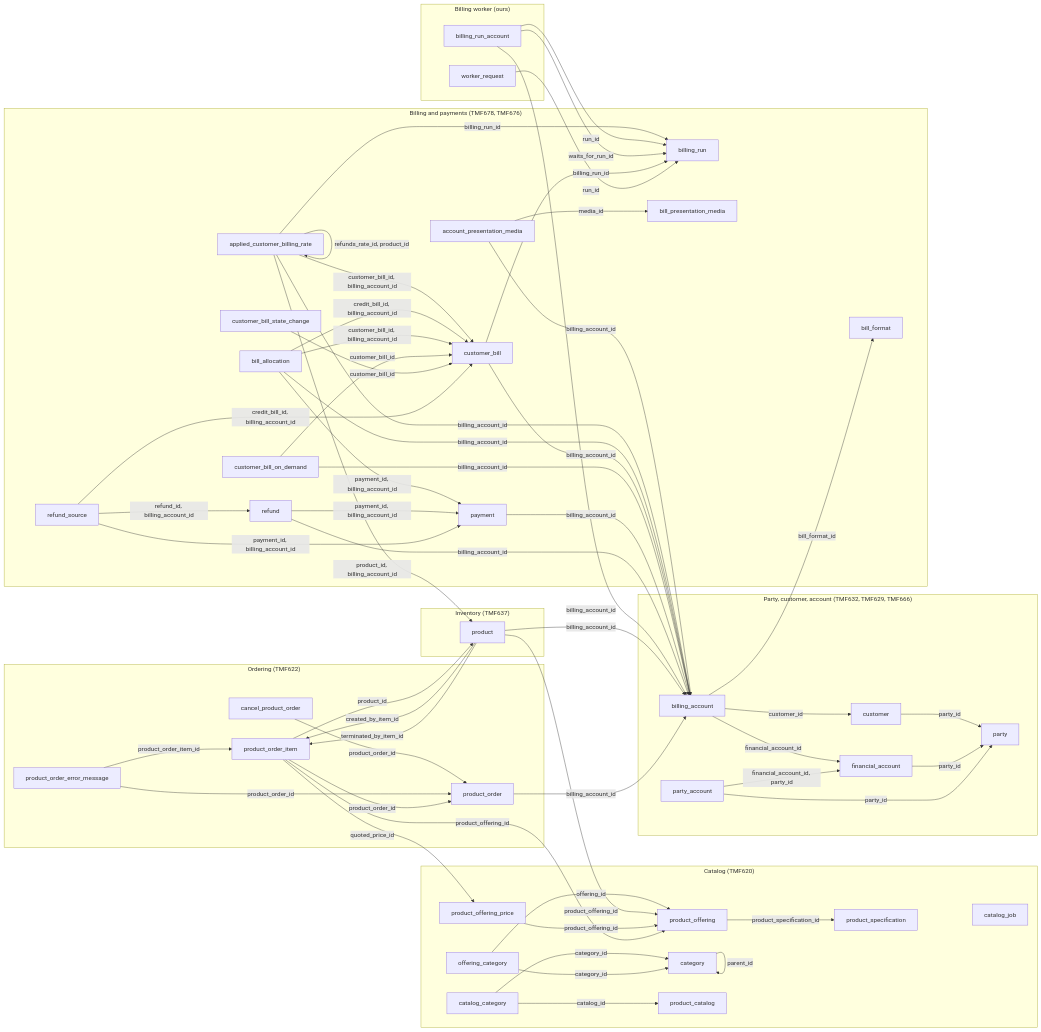
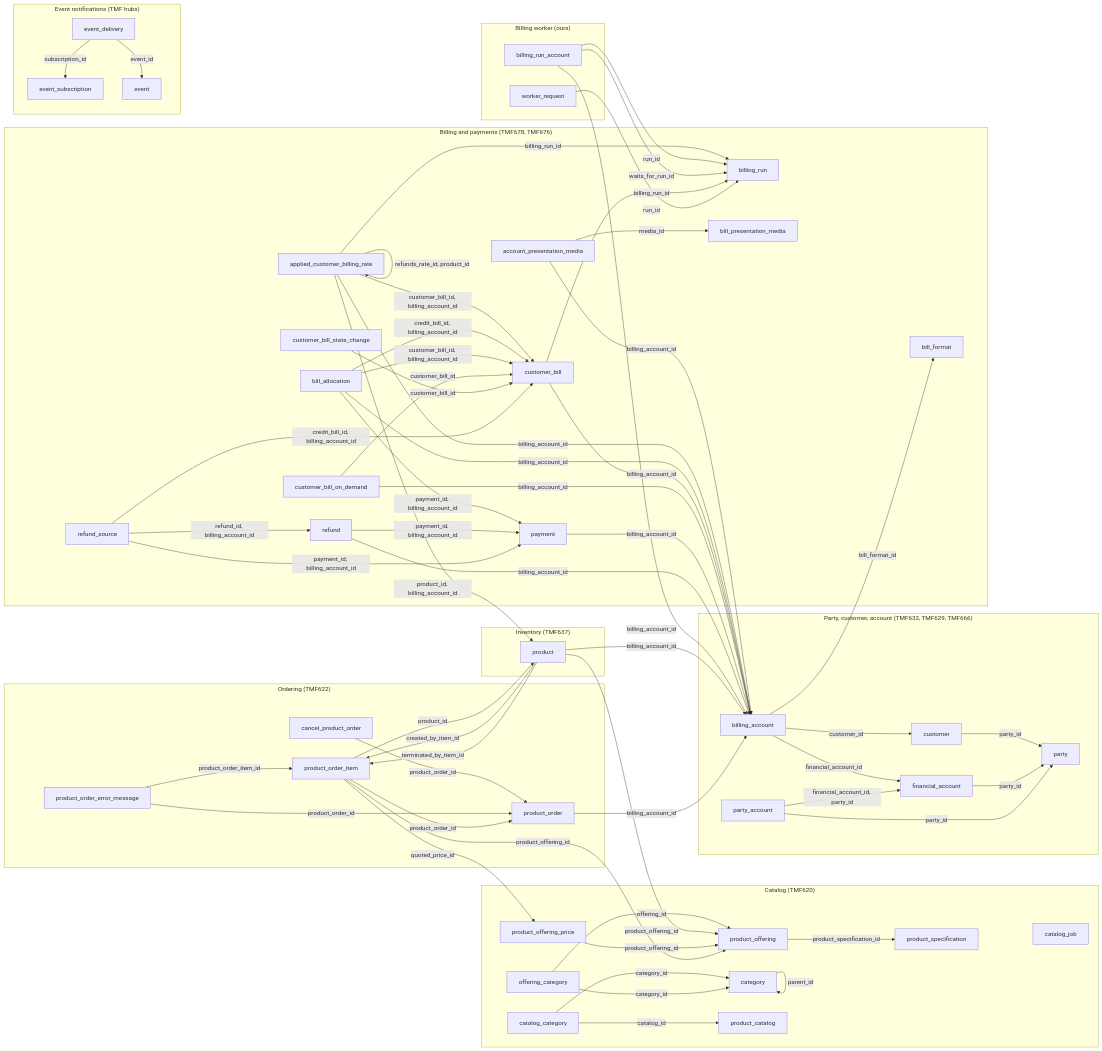
The first of 8 diagrams in docs/db/README.md (altharmz/bss), drawn with Mermaid before and after one commit. The commit also changed other lines of this file and 61 other files, not shown here.

```diff
--- a/docs/db/README.md
+++ b/docs/db/README.md
@@ -89,6 +92,11 @@
     billing_run_account[billing_run_account]
     worker_request[worker_request]
   end
+  subgraph area_events["Event notifications (TMF hubs)"]
+    event_subscription[event_subscription]
+    event[event]
+    event_delivery[event_delivery]
+  end
   account_presentation_media -->|"billing_account_id"| billing_account
   account_presentation_media -->|"media_id"| bill_presentation_media
   applied_customer_billing_rate -->|"billing_account_id"| billing_account
@@ -116,6 +124,8 @@
   customer_bill_on_demand -->|"billing_account_id"| billing_account
   customer_bill_on_demand -->|"customer_bill_id"| customer_bill
   customer_bill_state_change -->|"customer_bill_id"| customer_bill
+  event_delivery -->|"event_id"| event
+  event_delivery -->|"subscription_id"| event_subscription
   financial_account -->|"party_id"| party
   offering_category -->|"category_id"| category
   offering_category -->|"offering_id"| product_offering
```
